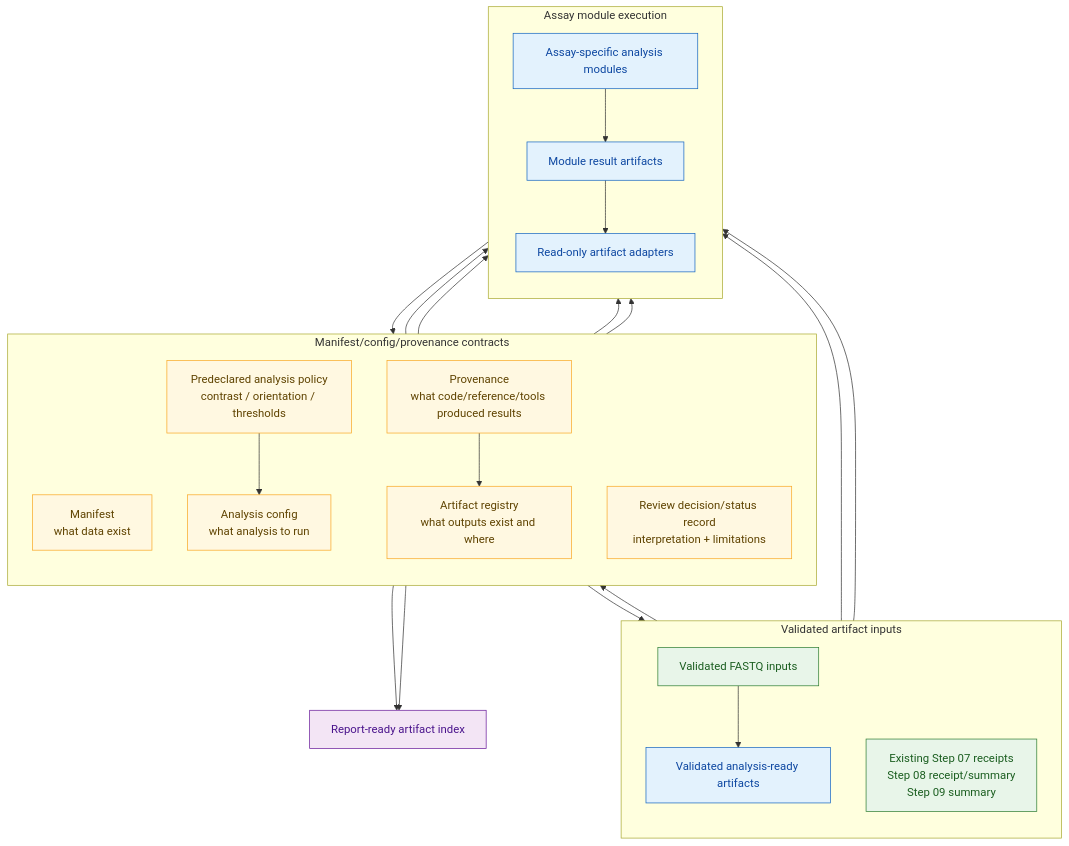
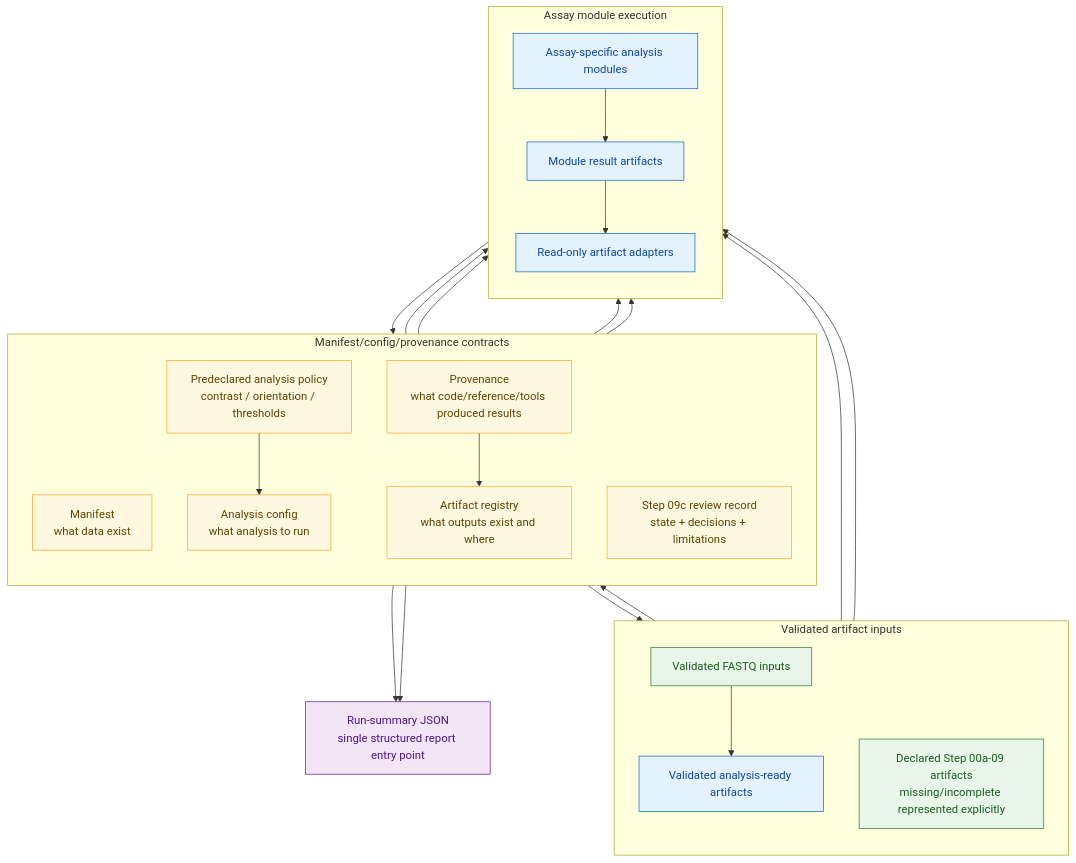
One commit to lab-cats/EMRYS changed the third of 4 diagrams in docs/architecture/FUTURE_ARCHITECTURE.md. Above: the diagram before and after it, drawn with Mermaid. The commit also changed other lines of this file and 18 other files, not shown here.

````diff
--- a/docs/architecture/FUTURE_ARCHITECTURE.md
+++ b/docs/architecture/FUTURE_ARCHITECTURE.md
@@ -143,50 +175,50 @@
 ```mermaid
 flowchart TD
     classDef current fill:#e8f5e9,stroke:#2e7d32,color:#1b5e20
     classDef future fill:#e3f2fd,stroke:#1565c0,color:#0d47a1
     classDef contract fill:#fff8e1,stroke:#f9a825,color:#5f4300
     classDef reporting fill:#f3e5f5,stroke:#6a1b9a,color:#4a148c
 
     subgraph contracts["Manifest/config/provenance contracts"]
         direction TB
         manifest["Manifest<br/>what data exist"]
         config["Analysis config<br/>what analysis to run"]
         policy["Predeclared analysis policy<br/>contrast / orientation / thresholds"]
-        review["Review decision/status record<br/>interpretation + limitations"]
+        review["Step 09c review record<br/>state + decisions + limitations"]
         provenance["Provenance<br/>what code/reference/tools produced results"]
         registry["Artifact registry<br/>what outputs exist and where"]
     end
 
     subgraph artifacts["Validated artifact inputs"]
         direction TB
         fastqs["Validated FASTQ inputs"]
         ready["Validated analysis-ready artifacts"]
-        existing["Existing Step 07 receipts<br/>Step 08 receipt/summary<br/>Step 09 summary"]
+        existing["Declared Step 00a-09 artifacts<br/>missing/incomplete represented explicitly"]
     end
 
     subgraph modules["Assay module execution"]
         direction TB
         module["Assay-specific analysis modules"]
         results["Module result artifacts"]
         adapters["Read-only artifact adapters"]
     end
 
     manifest --> fastqs --> ready
     manifest --> module
     config --> module
     policy --> config
     policy --> module
     ready --> module
     provenance --> module
     module --> results --> adapters --> registry
     existing --> adapters
     existing --> review
     provenance --> registry
-    registry --> reports["Report-ready artifact index"]
+    registry --> reports["Run-summary JSON<br/>single structured report entry point"]
     review --> reports
 
     class manifest,config,policy,review,provenance,registry contract
     class fastqs,existing current
     class ready,module,results,adapters future
     class reports reporting
 ```
````
